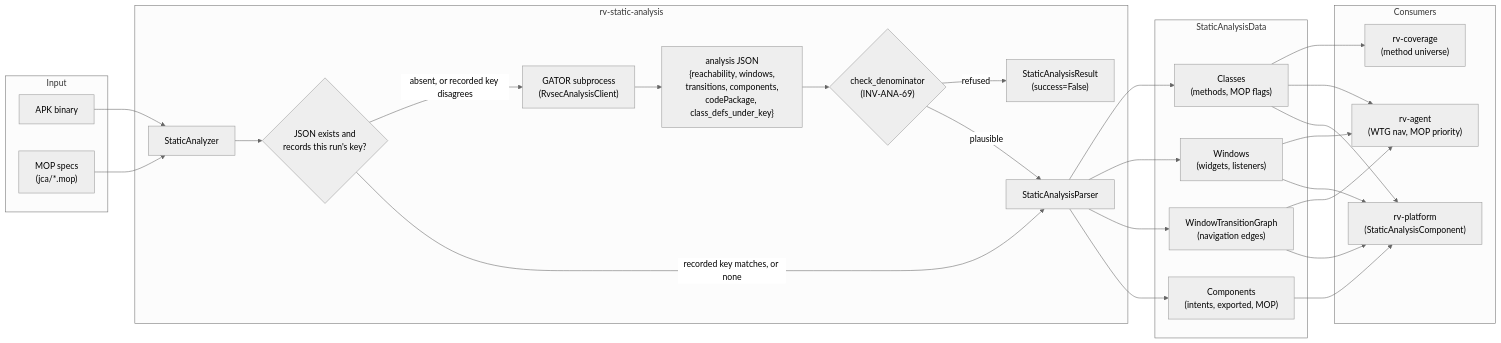
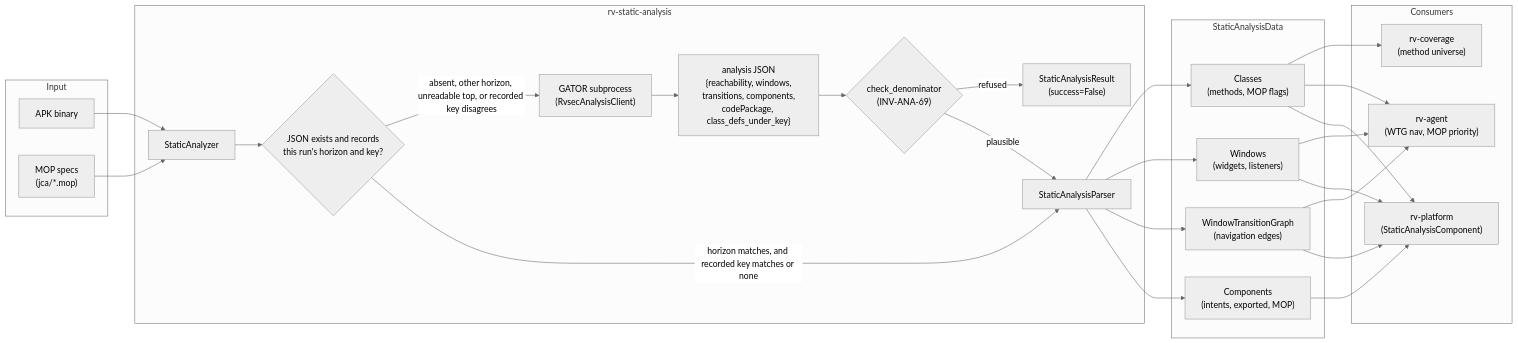
Before and after one commit to PAMunb/rvsec: the first of 6 diagrams in rv-android/modules/rv-static-analysis/docs/architecture.md, drawn with Mermaid. The commit also changed other lines of this file and 103 other files, not shown here.

````diff
--- a/rv-android/modules/rv-static-analysis/docs/architecture.md
+++ b/rv-android/modules/rv-static-analysis/docs/architecture.md
@@ -200,53 +203,53 @@
 ```mermaid
 %%{init: {'theme': 'neutral'}}%%
 flowchart LR
     subgraph Input
         APK["APK binary"]
         MOP["MOP specs\n(jca/*.mop)"]
     end
 
     subgraph rv-static-analysis
         SA["StaticAnalyzer"]
-        CACHE{"JSON exists and\nrecords this run's key?"}
+        CACHE{"JSON exists and records\nthis run's horizon and key?"}
         GATOR["GATOR subprocess\n(RvsecAnalysisClient)"]
         JSON["analysis JSON\n{reachability, windows,\ntransitions, components,\ncodePackage, class_defs_under_key}"]
         GATE{"check_denominator\n(INV-ANA-69)"}
         FAIL["StaticAnalysisResult\n(success=False)"]
         SAP["StaticAnalysisParser"]
     end
 
     subgraph Output["StaticAnalysisData"]
         CLS["Classes\n(methods, MOP flags)"]
         WIN["Windows\n(widgets, listeners)"]
         WTG["WindowTransitionGraph\n(navigation edges)"]
         CMP["Components\n(intents, exported, MOP)"]
     end
 
     subgraph Consumers
         COV["rv-coverage\n(method universe)"]
         AGT["rv-agent\n(WTG nav, MOP priority)"]
         PLT["rv-platform\n(StaticAnalysisComponent)"]
     end
 
     APK --> SA
     MOP --> SA
     SA --> CACHE
-    CACHE -->|absent, or recorded key disagrees| GATOR
-    CACHE -->|recorded key matches, or none| SAP
+    CACHE -->|absent, other horizon, unreadable top, or recorded key disagrees| GATOR
+    CACHE -->|horizon matches, and recorded key matches or none| SAP
     GATOR --> JSON
     JSON --> GATE
     GATE -->|refused| FAIL
     GATE -->|plausible| SAP
     SAP --> CLS
     SAP --> WIN
     SAP --> WTG
     SAP --> CMP
     CLS --> COV
     CLS --> AGT
     WIN --> AGT
     WTG --> AGT
     CLS --> PLT
     WIN --> PLT
     WTG --> PLT
     CMP --> PLT
 ```
````
